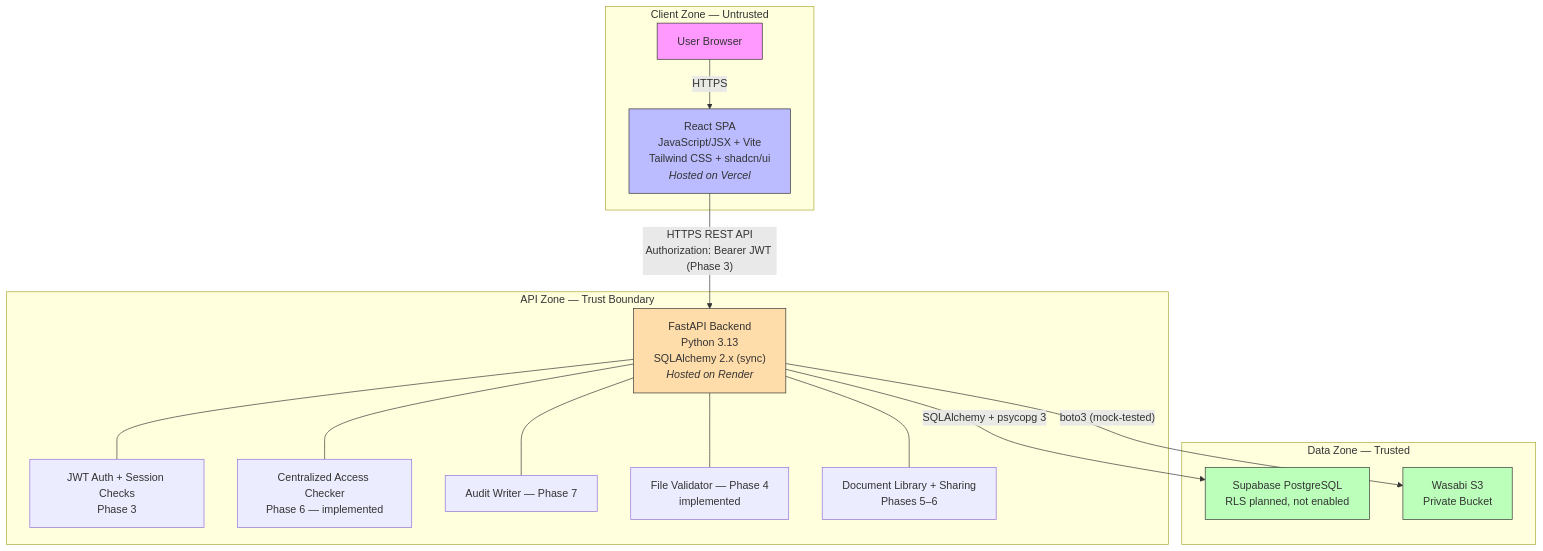
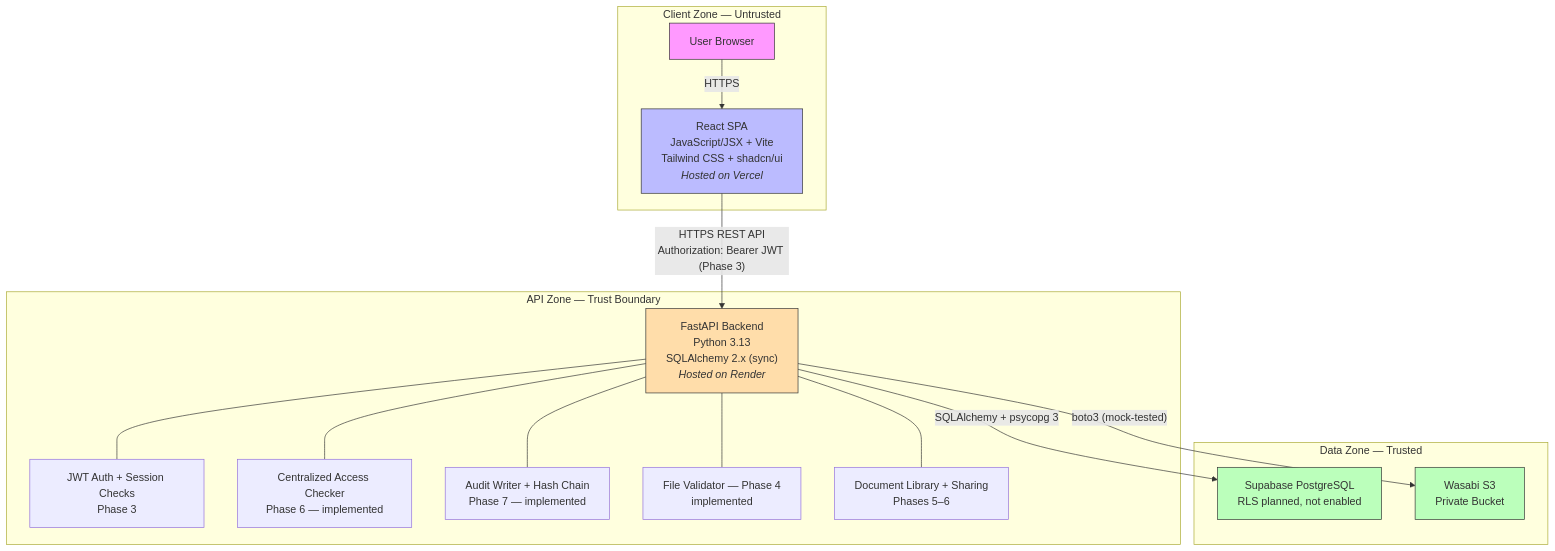
The first of 4 diagrams in docs/ARCHITECTURE.md (saisankeerth27/TrustVault), drawn with Mermaid before and after one commit. The commit also changed other lines of this file and 35 other files, not shown here.

````diff
--- a/docs/ARCHITECTURE.md
+++ b/docs/ARCHITECTURE.md
@@ -11,37 +11,37 @@
 ```mermaid
 graph TB
     subgraph "Client Zone — Untrusted"
         Browser["User Browser"]
         ReactSPA["React SPA<br/>JavaScript/JSX + Vite<br/>Tailwind CSS + shadcn/ui<br/><i>Hosted on Vercel</i>"]
     end
 
     subgraph "API Zone — Trust Boundary"
         API["FastAPI Backend<br/>Python 3.13<br/>SQLAlchemy 2.x (sync)<br/><i>Hosted on Render</i>"]
         AuthMW["JWT Auth + Session Checks<br/>Phase 3"]
         PermCheck["Centralized Access Checker<br/>Phase 6 — implemented"]
-        AuditSvc["Audit Writer — Phase 7"]
+        AuditSvc["Audit Writer + Hash Chain<br/>Phase 7 — implemented"]
         FileVal["File Validator — Phase 4<br/>implemented"]
         DocMgmt["Document Library + Sharing<br/>Phases 5–6"]
     end
 
     subgraph "Data Zone — Trusted"
         DB["Supabase PostgreSQL<br/>RLS planned, not enabled"]
         S3["Wasabi S3<br/>Private Bucket"]
     end
 
     Browser -->|"HTTPS"| ReactSPA
     ReactSPA -->|"HTTPS REST API<br/>Authorization: Bearer JWT (Phase 3)"| API
     API --- AuthMW
     API --- PermCheck
     API --- AuditSvc
     API --- FileVal
     API --- DocMgmt
     API -->|"SQLAlchemy + psycopg 3"| DB
     API -->|"boto3 (mock-tested)"| S3
 
     style Browser fill:#f9f,stroke:#333
     style ReactSPA fill:#bbf,stroke:#333
     style API fill:#fda,stroke:#333
     style DB fill:#bfb,stroke:#333
     style S3 fill:#bfb,stroke:#333
 ```
````
